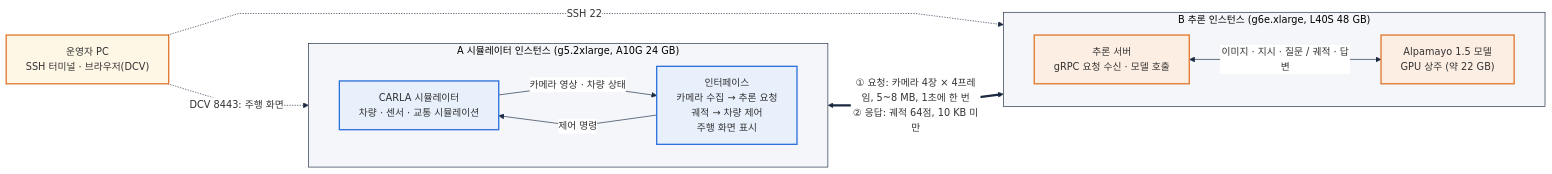
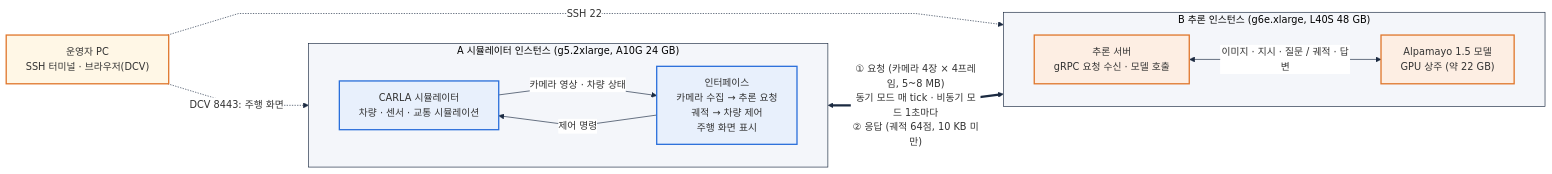
The diagram in docs/distributed/diagrams/handover-overview.mmd (JwonMoon/carlamayo-distributed), drawn with Mermaid before and after one commit. The commit also changed 12 other files, not shown here.

First line of the commit message:
Explain request timing against the simulation tick, with timelines

```diff
--- a/docs/distributed/diagrams/handover-overview.mmd
+++ b/docs/distributed/diagrams/handover-overview.mmd
@@ -1,24 +1,24 @@
 %%{init: {"theme": "base", "themeVariables": {"fontFamily": "Noto Sans CJK KR, sans-serif", "fontSize": "15px", "primaryColor": "#ffffff", "primaryBorderColor": "#1B2A41", "lineColor": "#1B2A41", "clusterBkg": "#f4f6fa", "clusterBorder": "#1B2A41"}, "flowchart": {"nodeSpacing": 50, "rankSpacing": 70, "wrappingWidth": 320, "curve": "linear"}}}%%
 flowchart LR
   OP["운영자 PC<br/>SSH 터미널 · 브라우저(DCV)"]
   subgraph A["A 시뮬레이터 인스턴스 (g5.2xlarge, A10G 24 GB)"]
     direction LR
     CARLA["CARLA 시뮬레이터<br/>차량 · 센서 · 교통 시뮬레이션"]
     CLI["인터페이스<br/>카메라 수집 → 추론 요청<br/>궤적 → 차량 제어<br/>주행 화면 표시"]
     CARLA -- "카메라 영상 · 차량 상태" --> CLI
     CLI -- "제어 명령" --> CARLA
   end
   subgraph B["B 추론 인스턴스 (g6e.xlarge, L40S 48 GB)"]
     direction LR
     SRV["추론 서버<br/>gRPC 요청 수신 · 모델 호출"]
     MODEL["Alpamayo 1.5 모델<br/>GPU 상주 (약 22 GB)"]
     SRV <-- "이미지 · 지시 · 질문 / 궤적 · 답변" --> MODEL
   end
-  CLI <== "① 요청: 카메라 4장 × 4프레임, 5~8 MB, 1초에 한 번<br/>② 응답: 궤적 64점, 10 KB 미만" ==> SRV
+  CLI <== "① 요청 (카메라 4장 × 4프레임, 5~8 MB)<br/>동기 모드 매 tick · 비동기 모드 1초마다<br/>② 응답 (궤적 64점, 10 KB 미만)" ==> SRV
   OP -. "DCV 8443: 주행 화면" .-> A
   OP -. "SSH 22" .-> B
   style OP fill:#fff7e6,stroke:#E0762B,stroke-width:2px
   style CARLA fill:#e8f0fc,stroke:#2A6FDB,stroke-width:2px
   style CLI fill:#e8f0fc,stroke:#2A6FDB,stroke-width:2px
   style SRV fill:#fdeee3,stroke:#E0762B,stroke-width:2px
   style MODEL fill:#fdeee3,stroke:#E0762B,stroke-width:2px
```
